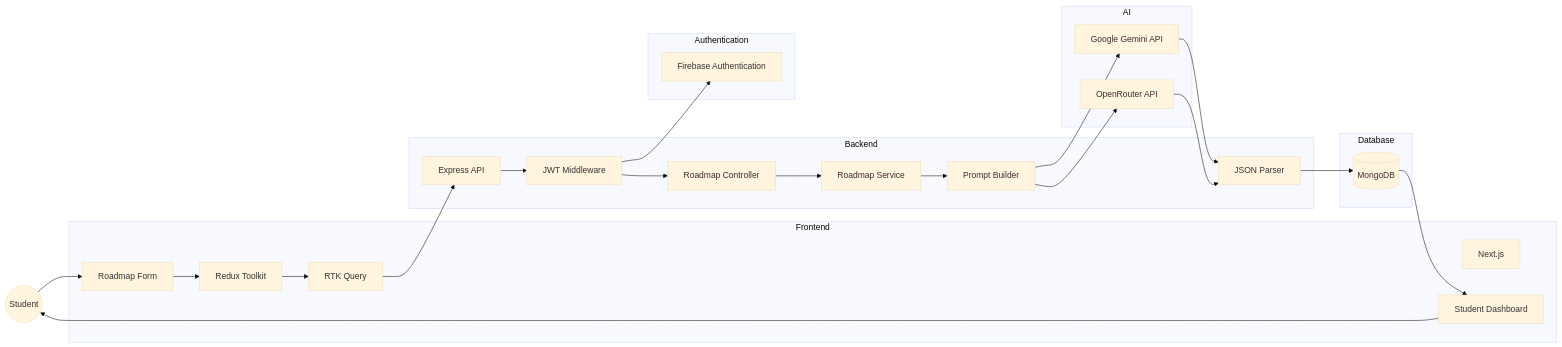
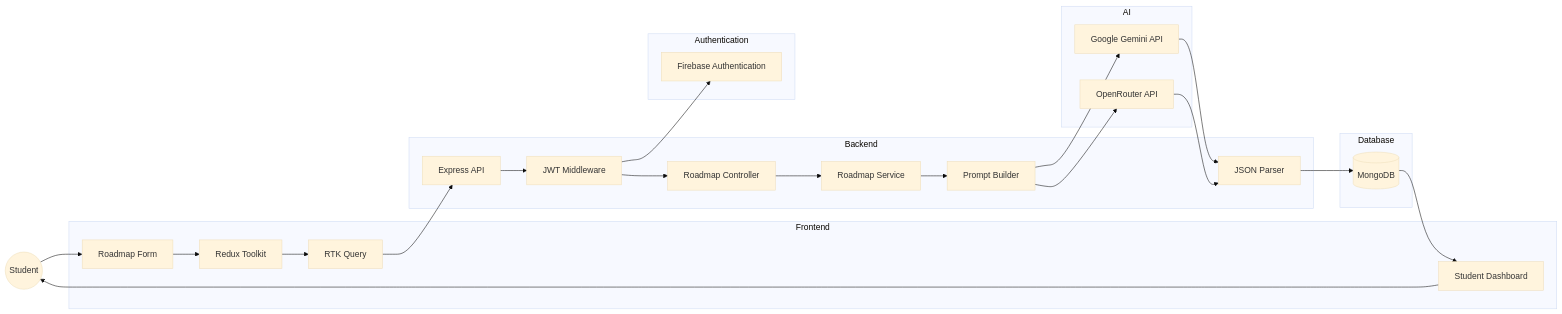
The first of 2 diagrams in README.md (AsifMohammedSifat/AI-Learning-Coach-Client), drawn with Mermaid (base theme) before and after one commit.

Commit message:
Update readme file

````diff
--- a/README.md
+++ b/README.md
@@ -15,58 +15,58 @@
 ```mermaid
 flowchart LR
 
 User((Student))
 
 subgraph Frontend
-Next[Next.js]
+
 Form[Roadmap Form]
 Redux[Redux Toolkit]
 RTK[RTK Query]
 Dashboard[Student Dashboard]
 end
 
 subgraph Backend
 Express[Express API]
 JWT[JWT Middleware]
 Controller[Roadmap Controller]
 Service[Roadmap Service]
 Prompt[Prompt Builder]
 Parser[JSON Parser]
 end
 
 subgraph AI
 Gemini[Google Gemini API]
 OpenRouter[OpenRouter API]
 end
 
 subgraph Database
 Mongo[(MongoDB)]
 end
 
 subgraph Authentication
 Firebase[Firebase Authentication]
 end
 
 User --> Form
 Form --> Redux
 Redux --> RTK
 RTK --> Express
 
 Express --> JWT
 JWT --> Firebase
 JWT --> Controller
 Controller --> Service
 
 Service --> Prompt
 
 Prompt --> Gemini
 Prompt --> OpenRouter
 
 Gemini --> Parser
 OpenRouter --> Parser
 
 Parser --> Mongo
 
 Mongo --> Dashboard
 Dashboard --> User
 ```
````
